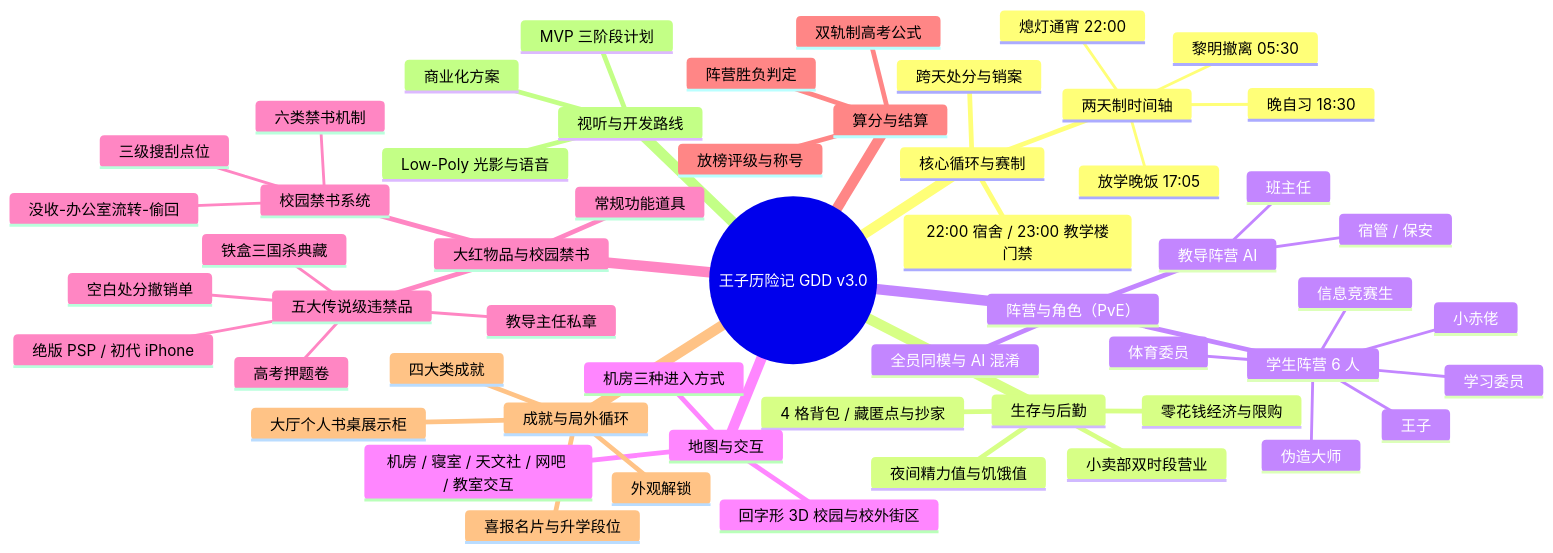
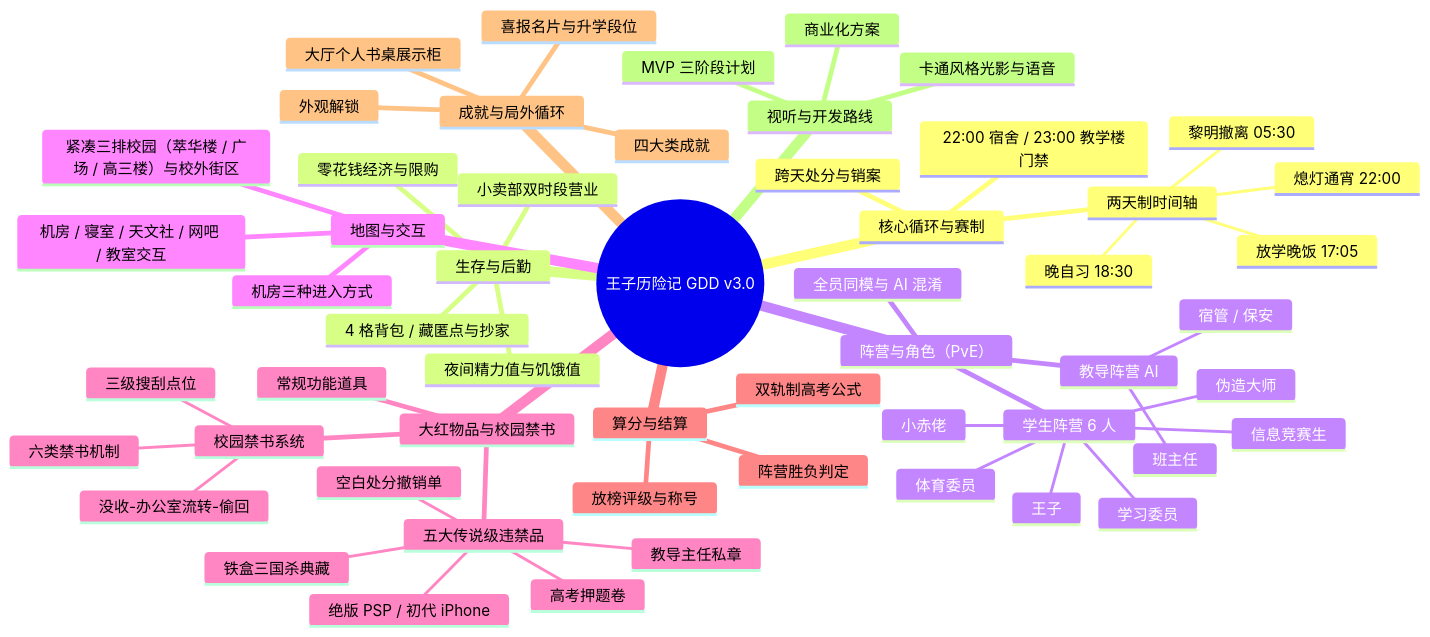
The first of 2 diagrams in docs/GDD_策划案.md (AwayC/wangzi), drawn with Mermaid before and after one commit. The commit also changed other lines of this file and 295 other files, not shown here.

First line of the commit message:
校园地图：按 MC 布局重建校园，补室内家具、小卖部和校门

````diff
--- a/docs/GDD_策划案.md
+++ b/docs/GDD_策划案.md
@@ -27,58 +27,58 @@
 ```mermaid
 mindmap
   root((王子历险记 GDD v3.0))
     核心循环与赛制
       两天制时间轴
         放学晚饭 17:05
         晚自习 18:30
         熄灯通宵 22:00
         黎明撤离 05:30
       22:00 宿舍 / 23:00 教学楼门禁
       跨天处分与销案
     生存与后勤
       夜间精力值与饥饿值
       零花钱经济与限购
       小卖部双时段营业
       4 格背包 / 藏匿点与抄家
     阵营与角色（PvE）
       全员同模与 AI 混淆
       学生阵营 6 人
         王子
         信息竞赛生
         小赤佬
         伪造大师
         体育委员
         学习委员
       教导阵营 AI
         班主任
         宿管 / 保安
     地图与交互
-      回字形 3D 校园与校外街区
+      紧凑三排校园（萃华楼 / 广场 / 高三楼）与校外街区
       机房三种进入方式
       机房 / 寝室 / 天文社 / 网吧 / 教室交互
     大红物品与校园禁书
       五大传说级违禁品
         高考押题卷
         教导主任私章
         绝版 PSP / 初代 iPhone
         铁盒三国杀典藏
         空白处分撤销单
       校园禁书系统
         三级搜刮点位
         六类禁书机制
         没收-办公室流转-偷回
       常规功能道具
     算分与结算
       阵营胜负判定
       双轨制高考公式
       放榜评级与称号
     成就与局外循环
       四大类成就
       大厅个人书桌展示柜
       喜报名片与升学段位
       外观解锁
     视听与开发路线
-      Low-Poly 光影与语音
+      卡通风格光影与语音
       商业化方案
       MVP 三阶段计划
 ```
````
